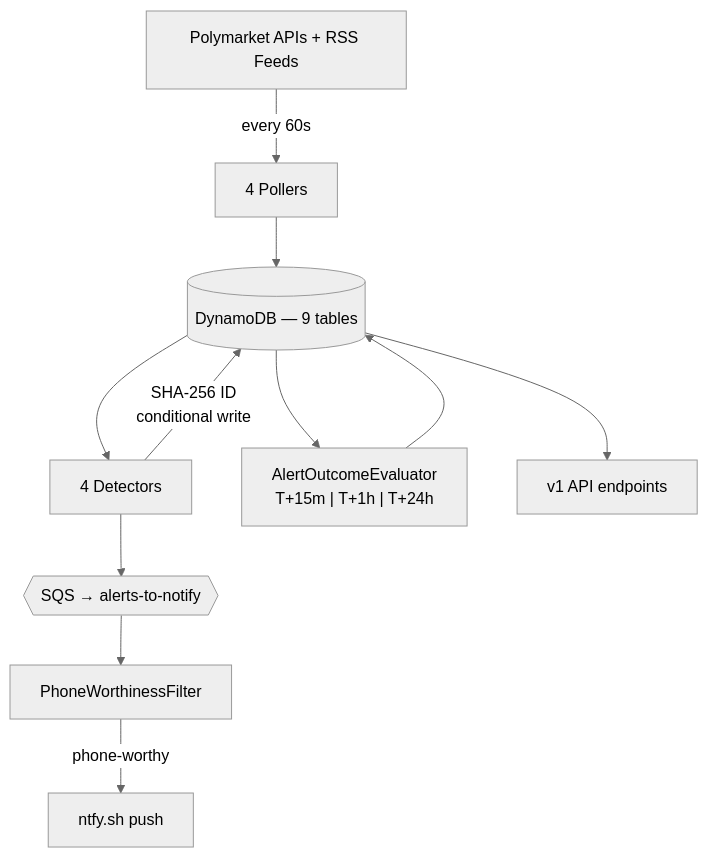
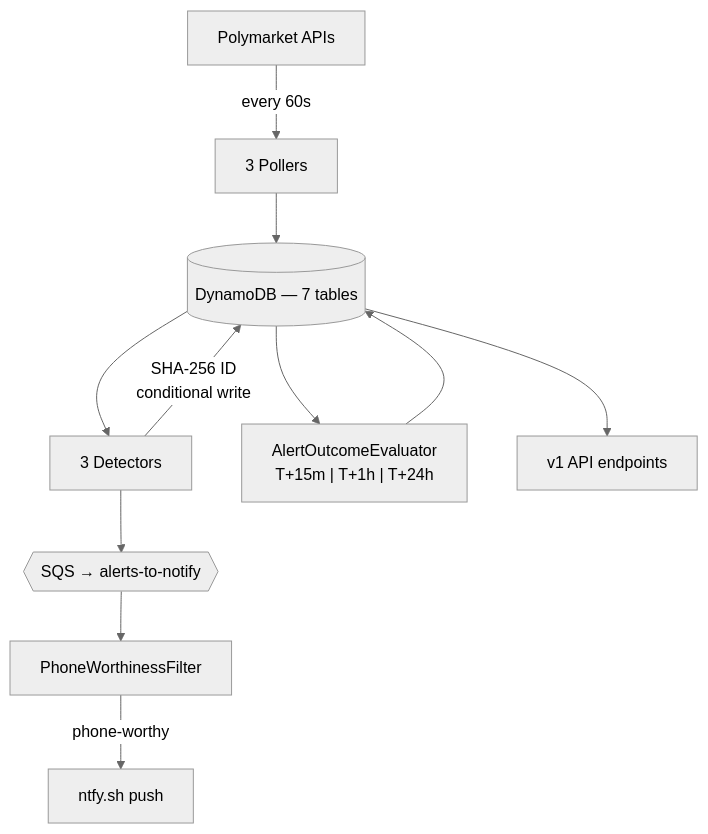
One commit to leonardholler/polysign changed the diagram in README.md. Above: the diagram before and after it, drawn with Mermaid (neutral theme). The commit also changed other lines of this file and 1 other file, not shown here.

First line of the commit message:
phase-20: update DESIGN.md and README for 3 detectors and 7-table infra

````diff
--- a/README.md
+++ b/README.md
@@ -15,14 +15,14 @@
 ```mermaid
 flowchart TD
-    src["Polymarket APIs + RSS Feeds"]
-    src -->|"every 60s"| poll["4 Pollers"]
-    poll --> db[("DynamoDB — 9 tables")]
-    db --> det["4 Detectors"]
+    src["Polymarket APIs"]
+    src -->|"every 60s"| poll["3 Pollers"]
+    poll --> db[("DynamoDB — 7 tables")]
+    db --> det["3 Detectors"]
     det -->|"SHA-256 ID\nconditional write"| db
     det --> sqs{{"SQS → alerts-to-notify"}}
     sqs --> pw["PhoneWorthinessFilter"]
     pw -->|"phone-worthy"| ntfy["ntfy.sh push"]
     db --> eval["AlertOutcomeEvaluator\nT+15m | T+1h | T+24h"]
     eval --> db
     db --> api["v1 API endpoints"]
 ```
````
